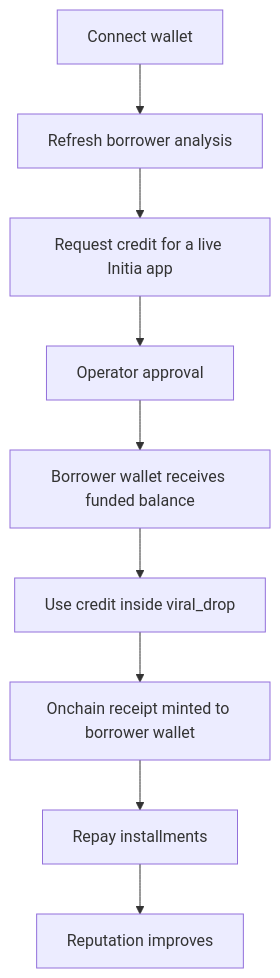
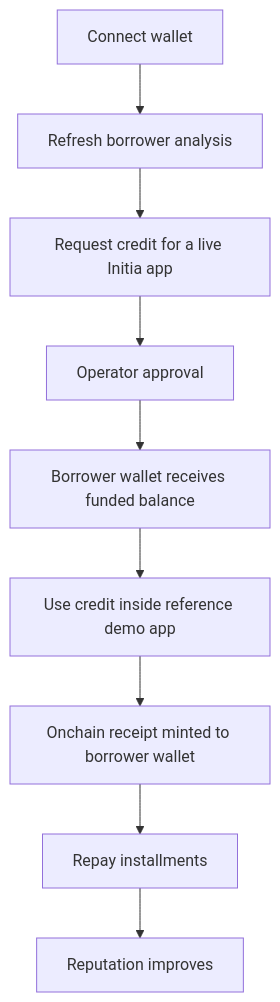
Before and after one commit to ntfound-dev/lendpay: the diagram in README.md, drawn with Mermaid. The commit also changed other lines of this file and 3 other files, not shown here.

````diff
--- a/README.md
+++ b/README.md
@@ -70,11 +83,11 @@
 ```mermaid
 flowchart TD
     A[Connect wallet] --> B[Refresh borrower analysis]
     B --> C[Request credit for a live Initia app]
     C --> D[Operator approval]
     D --> E[Borrower wallet receives funded balance]
-    E --> F[Use credit inside viral_drop]
+    E --> F[Use credit inside reference demo app]
     F --> G[Onchain receipt minted to borrower wallet]
     G --> H[Repay installments]
     H --> I[Reputation improves]
 ```
````
